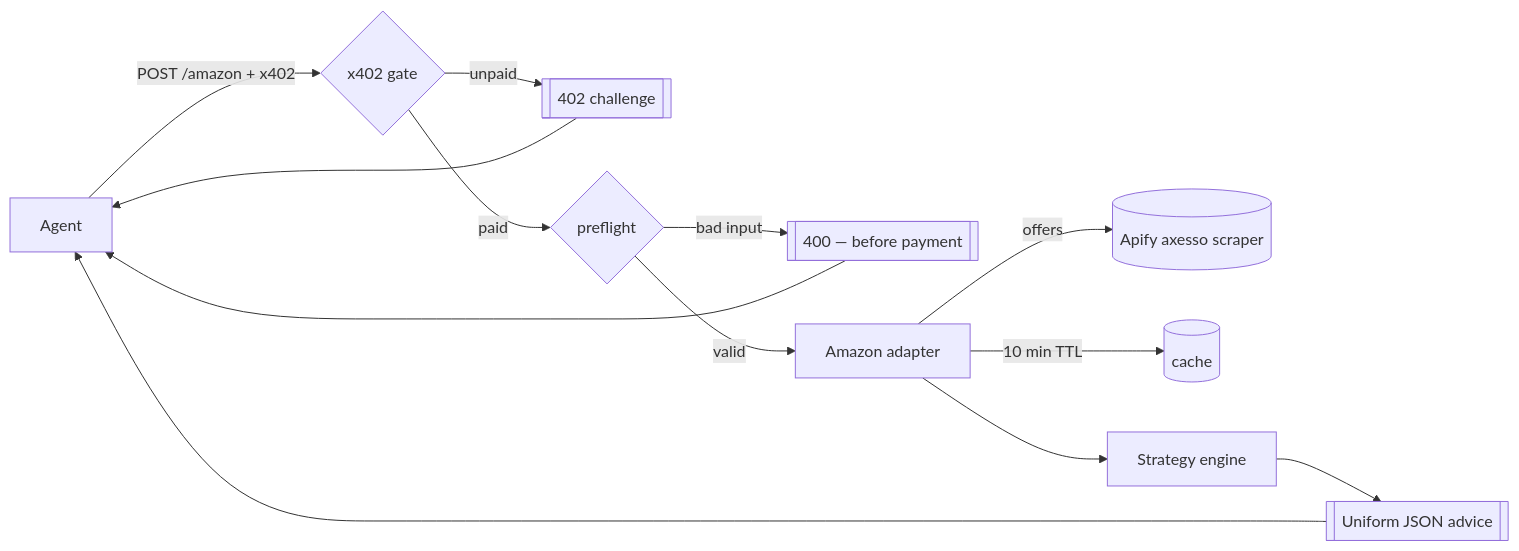
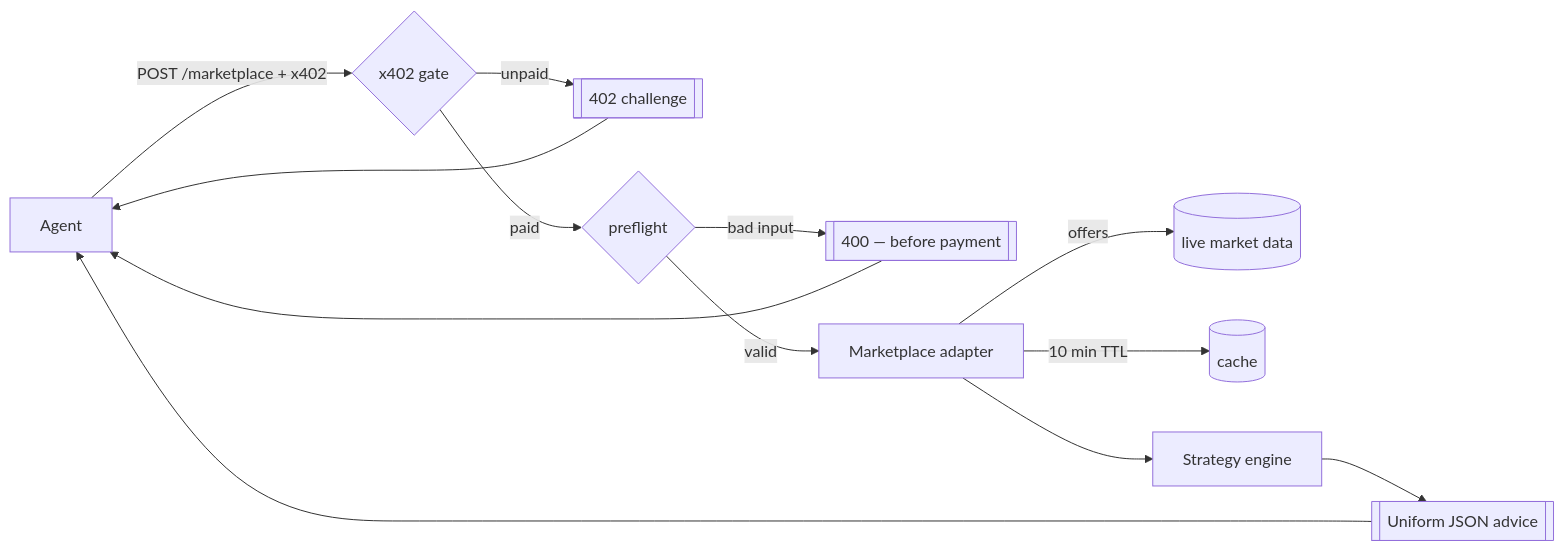
The diagram in README.md (youvandra/competitor-price-checker), drawn with Mermaid before and after one commit. The commit also changed other lines of this file and 4 other files, not shown here.

First line of the commit message:
docs: scrub data-provider name from public-facing surfaces + README polish

````diff
--- a/README.md
+++ b/README.md
@@ -65,15 +65,15 @@
 ```mermaid
 flowchart LR
-    A[Agent] -->|POST /amazon + x402| G{x402 gate}
+    A[Agent] -->|POST /marketplace + x402| G{x402 gate}
     G -->|unpaid| C402[["402 challenge"]]
     C402 --> A
     G -->|paid| P{preflight}
     P -->|bad input| E400[["400 — before payment"]]
     E400 --> A
-    P -->|valid| AD[Amazon adapter]
-    AD -->|offers| APIFY[(Apify axesso scraper)]
+    P -->|valid| AD[Marketplace adapter]
+    AD -->|offers| PROVIDER[(live market data)]
     AD -->|10 min TTL| CACHE[(cache)]
     AD --> S[Strategy engine]
     S --> OUT[[Uniform JSON advice]]
     OUT --> A
 ```
````
